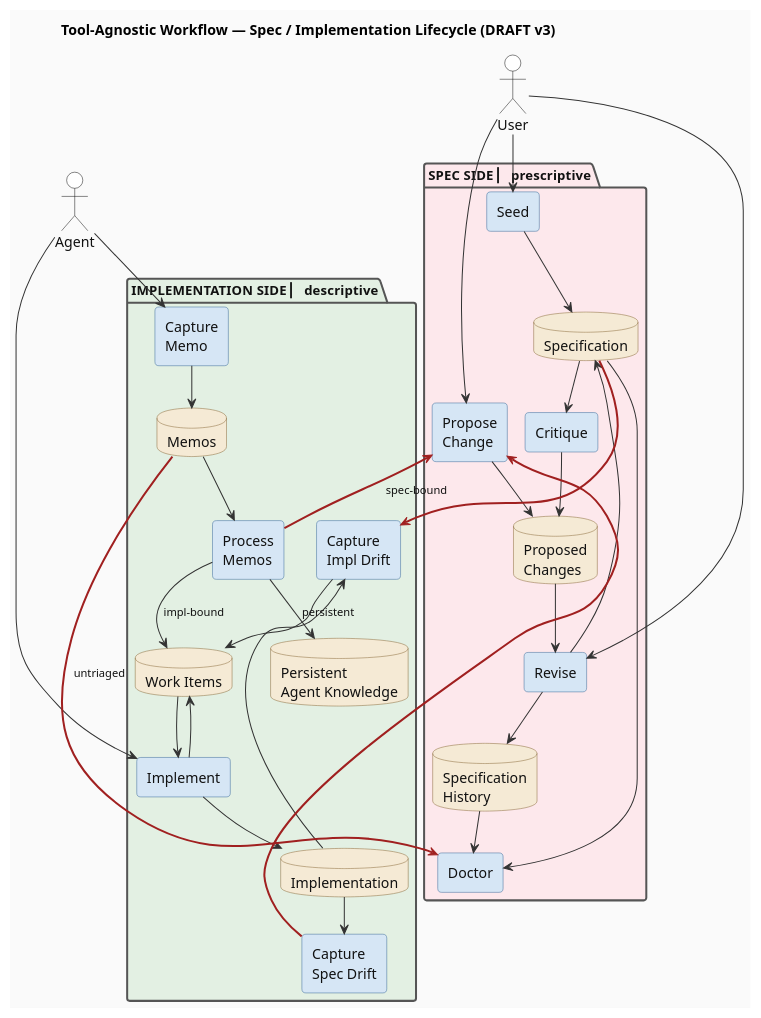
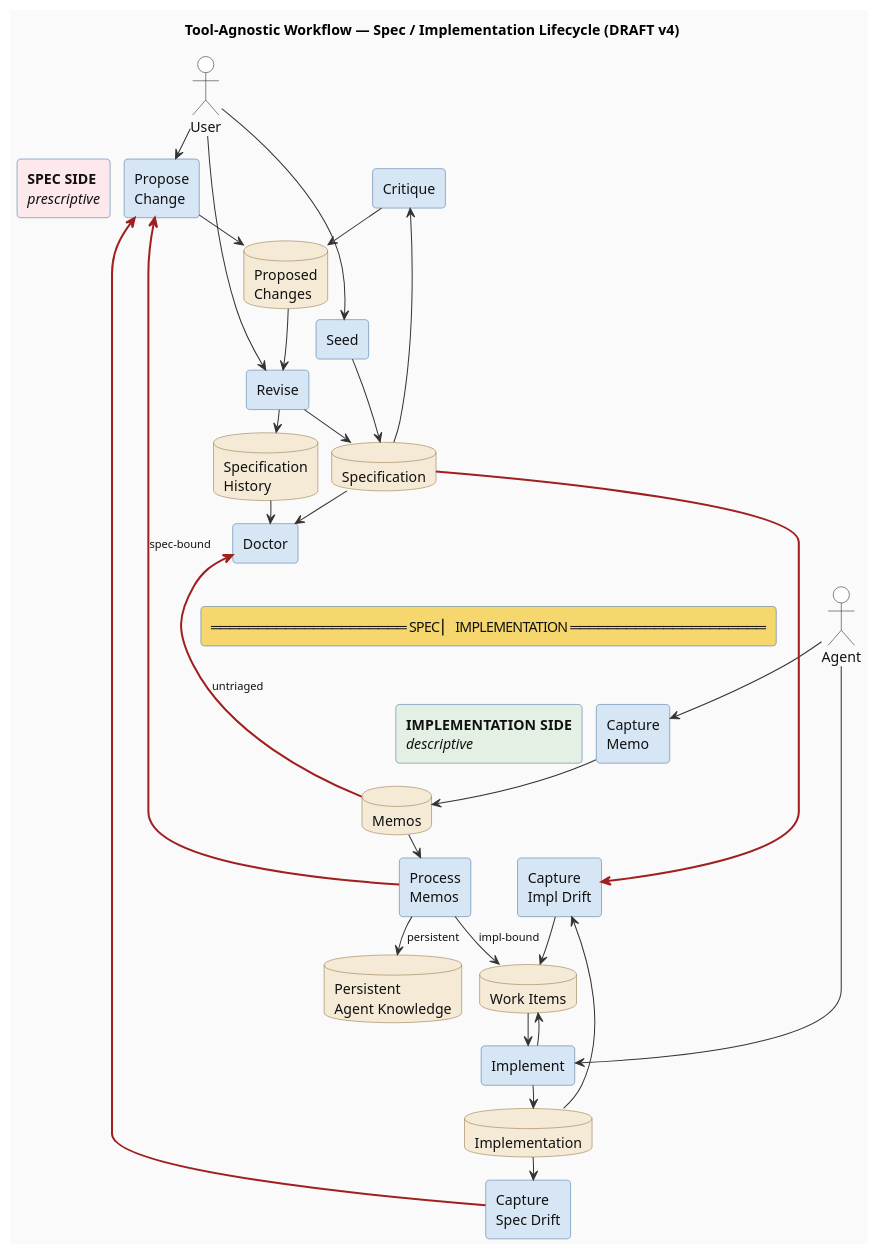
The diagram in research/workflow-processes/diagrams/draft-tool-agnostic-workflow.plantuml (thewoolleyman/livespec), drawn with PlantUML before and after one commit. The commit also changed 2 other files, not shown here.

Commit message:
docs(research): v4 — flat-layout PlantUML achieves vertical stacking
Reverts the v3 Mermaid switch (rejected by reviewer; staying on
PlantUML). After v1 (default), v2 (hidden edges + smetana), and
v3-rectangle (rectangle containers), v3-frame (nested frame
inside outer package wrapper) all rendered side-by-side, v4
drops PlantUML containers entirely and uses flat layout:

- No outer SPEC/IMPL container shapes (those were the source of
  the side-by-side layout pull; bidirectional cross-container
  edges defeat vertical cluster stacking in dot)
- All nodes free-floating, colored by function (skill=blue,
  artifact=tan)
- Horizontal yellow "WALL" rectangle acts as the visual divider
- Aggressive hidden vertical edges enforce: actors → spec
  elements → WALL → impl elements
- Cross-boundary edges colored red (4 of them)

Verified locally via PNG render before commit. Intra-section
layout has polish opportunities (Seed position, Critique
floating, etc.) but the vertical stacking objective is met.

```diff
--- a/research/workflow-processes/diagrams/draft-tool-agnostic-workflow.plantuml
+++ b/research/workflow-processes/diagrams/draft-tool-agnostic-workflow.plantuml
@@ -1,156 +1,163 @@
 @startuml draft-tool-agnostic-workflow
-title Tool-Agnostic Workflow — Spec / Implementation Lifecycle (DRAFT v3)
+title Tool-Agnostic Workflow — Spec / Implementation Lifecycle (DRAFT v4)
 
-' Vertical stacking: SPEC SIDE on top, IMPLEMENTATION SIDE below.
-' Arrow direction = data flow.
-' Cross-boundary arrows colored to flag them as hard contracts.
-
-!pragma layout smetana
-top to bottom direction
-
-' --- Styling ------------------------------------------------
+' v4 approach: NO outer containers. PlantUML's package/frame/
+' rectangle wrappers refuse to stack vertically when there are
+' bidirectional cross-container edges (verified across v1-v3
+' with multiple layout engines + hidden edges). Going flat
+' instead: free-floating nodes, colored by function, a horizontal
+' "WALL" rectangle as visual divider between SPEC and IMPL
+' regions, and aggressive hidden vertical edges to enforce the
+' top-down order.
 
 skinparam defaultFontName Helvetica
 skinparam shadowing false
 skinparam BackgroundColor #fafafa
 skinparam ArrowColor #333
 skinparam ArrowFontColor #111
 skinparam ArrowFontSize 11
+skinparam nodesep 14
+skinparam ranksep 22
+hide stereotype
 
-skinparam package {
-  FontColor #111
-  FontSize 13
-  FontStyle bold
-  BorderColor #555
-  BorderThickness 2
-}
-
-' Skills / commands: rounded light-blue rectangles
 skinparam rectangle {
   BackgroundColor #d6e6f5
   BorderColor #3a6a9a
   FontColor #111
   RoundCorner 8
 }
 
-' Artifacts / stores: tan cylinders
 skinparam database {
   BackgroundColor #f5ead5
   BorderColor #8a6b3a
   FontColor #111
 }
 
 skinparam actor {
   BackgroundColor #ffffff
   BorderColor #111
   FontColor #111
 }
 
-' --- Actors -------------------------------------------------
+' ============================================================
+' ACTORS (top)
+' ============================================================
 
 actor "User" as User
 actor "Agent" as Agent
 
-' --- SPEC SIDE (top) ---------------------------------------
+' ============================================================
+' SPEC SIDE — prescriptive (top half)
+' ============================================================
 
-package "SPEC SIDE  ▏ prescriptive" as SpecPkg #fde8ec {
+rectangle "**SPEC SIDE**\n//prescriptive//" as SpecLabel #fde8ec
+rectangle "Seed" as Seed
+rectangle "Propose\nChange" as Propose
+rectangle "Critique" as Critique
+rectangle "Revise" as Revise
+rectangle "Doctor" as Doctor
+database "Specification" as Spec
+database "Proposed\nChanges" as PCQueue
+database "Specification\nHistory" as History
 
-  rectangle "Seed" as Seed
-  rectangle "Propose\nChange" as Propose
-  rectangle "Critique" as Critique
-  rectangle "Revise" as Revise
-  rectangle "Doctor" as Doctor
+' ============================================================
+' WALL — horizontal divider between SPEC and IMPL
+' ============================================================
 
-  database "Specification" as Spec
-  database "Proposed\nChanges" as PCQueue
-  database "Specification\nHistory" as History
-}
+rectangle "═════════════════════  SPEC  ▏  IMPLEMENTATION  ═════════════════════" as Wall #f5d76e
 
-' --- IMPLEMENTATION SIDE (bottom) ---------------------------
+' ============================================================
+' IMPLEMENTATION SIDE — descriptive (bottom half)
+' ============================================================
 
-package "IMPLEMENTATION SIDE  ▏ descriptive" as ImplPkg #e3f0e3 {
+rectangle "**IMPLEMENTATION SIDE**\n//descriptive//" as ImplLabel #e3f0e3
+rectangle "Capture\nImpl Drift" as CaptureImplDrift
+rectangle "Implement" as Implement
+rectangle "Capture\nSpec Drift" as CaptureSpecDrift
+rectangle "Capture\nMemo" as CaptureMemo
+rectangle "Process\nMemos" as ProcessMemos
+database "Implementation" as Impl
+database "Work Items" as WorkItems
+database "Memos" as Memos
+database "Persistent\nAgent Knowledge" as AgentKnowledge
 
-  rectangle "Capture\nImpl Drift" as CaptureImplDrift
-  rectangle "Implement" as Implement
-  rectangle "Capture\nSpec Drift" as CaptureSpecDrift
-  rectangle "Capture\nMemo" as CaptureMemo
-  rectangle "Process\nMemos" as ProcessMemos
+' ============================================================
+' HIDDEN VERTICAL LAYOUT ENFORCEMENT
+' Forces top-to-bottom ordering: actors → spec → wall → impl
+' ============================================================
 
-  database "Implementation" as Impl
-  database "Work Items" as WorkItems
-  database "Memos" as Memos
-  database "Persistent\nAgent Knowledge" as AgentKnowledge
-}
+User -[hidden]down-> SpecLabel
+SpecLabel -[hidden]down-> Seed
+SpecLabel -[hidden]right-> Propose
+Propose -[hidden]right-> Critique
 
-' --- Actor entry points (data flow: actor → skill) ---------
+Seed -[hidden]down-> Spec
+Spec -[hidden]down-> PCQueue
+PCQueue -[hidden]down-> Revise
+Revise -[hidden]down-> History
+History -[hidden]down-> Doctor
 
+Doctor -[hidden]down-> Wall
+Wall -[hidden]down-> ImplLabel
+
+ImplLabel -[hidden]down-> CaptureImplDrift
+ImplLabel -[hidden]right-> CaptureMemo
+CaptureMemo -[hidden]right-> ProcessMemos
+
+CaptureImplDrift -[hidden]down-> WorkItems
+WorkItems -[hidden]down-> Implement
+Implement -[hidden]down-> Impl
+Impl -[hidden]down-> CaptureSpecDrift
+Memos -[hidden]down-> AgentKnowledge
+
+' ============================================================
+' VISIBLE EDGES (data flow)
+' ============================================================
+
+' Actor entry
 User --> Seed
 User --> Propose
 User --> Revise
 Agent --> CaptureMemo
 Agent --> Implement
 
-' --- Spec lifecycle (data flow within SPEC SIDE) -----------
-
+' Spec lifecycle
 Seed --> Spec
 Propose --> PCQueue
 PCQueue --> Revise
 Revise --> Spec
 Revise --> History
 Spec --> Critique
 Critique --> PCQueue
 Spec --> Doctor
 History --> Doctor
 
-' --- Cross-boundary: SPEC ⇣ IMPL (prescription read) -------
-
+' Cross-boundary: SPEC ⇣ IMPL (prescription)
 Spec -[#a02020,thickness=2]-> CaptureImplDrift
 
-' --- Implementation gap lifecycle (within IMPL SIDE) -------
-
+' Impl gap lifecycle
 Impl --> CaptureImplDrift
 CaptureImplDrift --> WorkItems
 WorkItems --> Implement
 Implement --> Impl
 Implement --> WorkItems
 
-' --- Spec drift lifecycle (within IMPL SIDE) ---------------
-
+' Spec-drift detection
 Impl --> CaptureSpecDrift
 
-' --- Cross-boundary: IMPL ⇡ SPEC (drift feedback) ----------
-
+' Cross-boundary: IMPL ⇡ SPEC (drift findings)
 CaptureSpecDrift -[#a02020,thickness=2]-> Propose
 
-' --- Memo lifecycle (within IMPL SIDE) ---------------------
-
+' Memo lifecycle
 CaptureMemo --> Memos
 Memos --> ProcessMemos
 ProcessMemos --> WorkItems : impl-bound
 ProcessMemos --> AgentKnowledge : persistent
 
-' --- Cross-boundary: IMPL ⇡ SPEC (spec-bound memo) ---------
-
+' Cross-boundary: IMPL ⇡ SPEC (spec-bound memo)
 ProcessMemos -[#a02020,thickness=2]-> Propose : spec-bound
 
-' --- Cross-boundary: IMPL ⇡ SPEC (doctor hygiene query) ----
-' Data flows Memos → Doctor (untriaged inventory).
-
+' Cross-boundary: IMPL ⇡ SPEC (doctor hygiene query)
 Memos -[#a02020,thickness=2]-> Doctor : untriaged
 
-' --- Hidden layout edges to force vertical package stacking -
-' PlantUML deployment diagrams default to side-by-side package
-' layout regardless of `top to bottom direction`. These hidden
-' edges from many spec-side nodes to impl-side nodes bias the
-' layout engine to stack IMPLEMENTATION SIDE below SPEC SIDE.
-
-Seed -[hidden]down-> CaptureImplDrift
-Spec -[hidden]down-> Impl
-PCQueue -[hidden]down-> WorkItems
-Revise -[hidden]down-> Implement
-History -[hidden]down-> AgentKnowledge
-Critique -[hidden]down-> ProcessMemos
-Doctor -[hidden]down-> CaptureSpecDrift
-Propose -[hidden]down-> CaptureMemo
-
 @enduml
```
